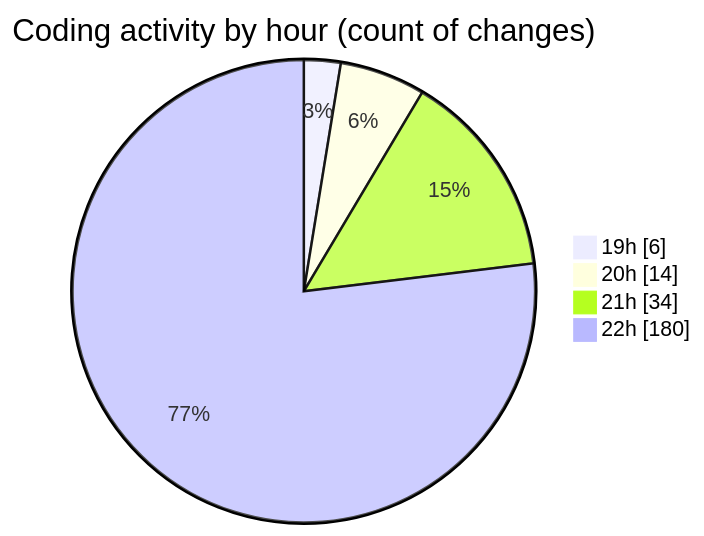
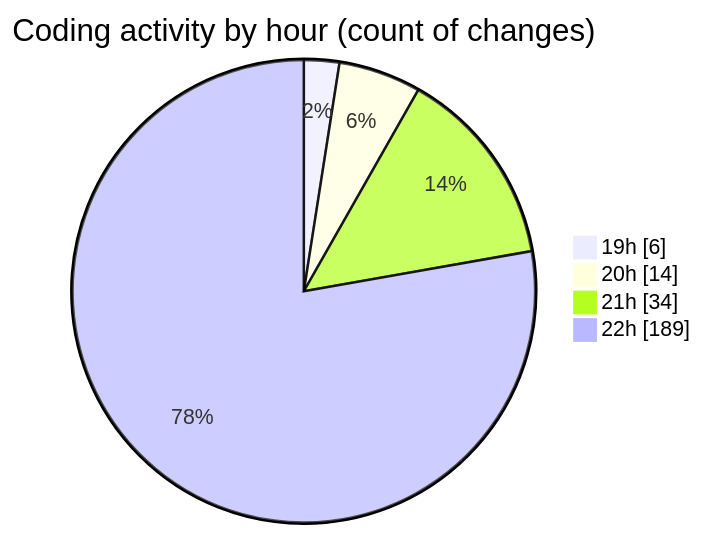
Before and after one commit to IJAZ3593/code-tracking: the second of 2 diagrams in 2025-09-13/new_folder/README.md, drawn with Mermaid. The commit also changed other lines of this file and 1 other file, not shown here.

````diff
--- a/2025-09-13/new_folder/README.md
+++ b/2025-09-13/new_folder/README.md
@@ -35,8 +35,8 @@
 ```mermaid
 pie showData
 title Coding activity by hour (count of changes)
 "19h" : 6
 "20h" : 14
 "21h" : 34
-"22h" : 180
+"22h" : 189
 ```
````
